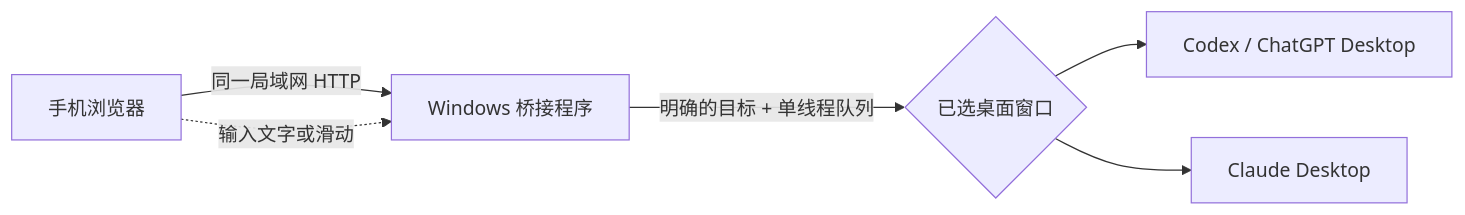
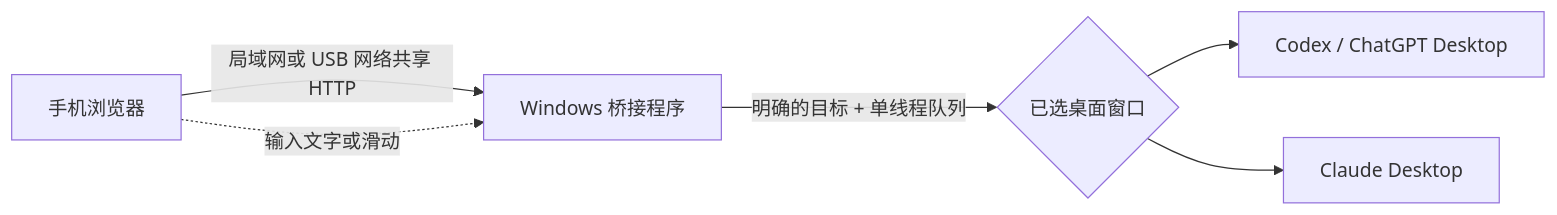
One commit to L3n3L/codex-phone-connect changed the diagram in README.md. Above: the diagram before and after it, drawn with Mermaid. The commit also changed other lines of this file and 9 other files, not shown here.

````diff
--- a/README.md
+++ b/README.md
@@ -51,8 +52,8 @@
 ```mermaid
 flowchart LR
-    Phone[手机浏览器] -->|同一局域网 HTTP| Bridge[Windows 桥接程序]
+    Phone[手机浏览器] -->|局域网或 USB 网络共享 HTTP| Bridge[Windows 桥接程序]
     Bridge -->|明确的目标 + 单线程队列| Target{已选桌面窗口}
     Target --> GPT[Codex / ChatGPT Desktop]
     Target --> Claude[Claude Desktop]
     Phone -. 输入文字或滑动 .-> Bridge
 ```
````
